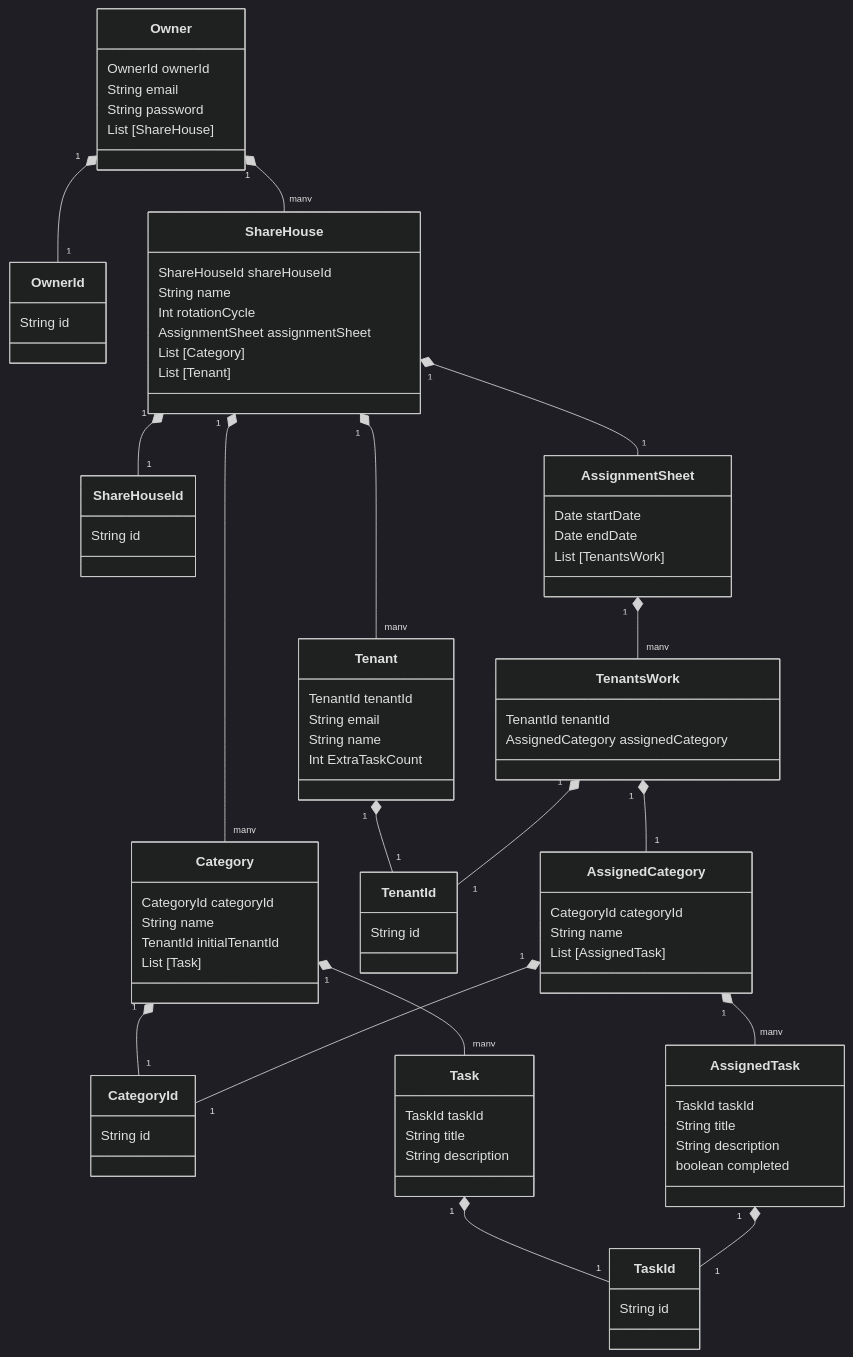
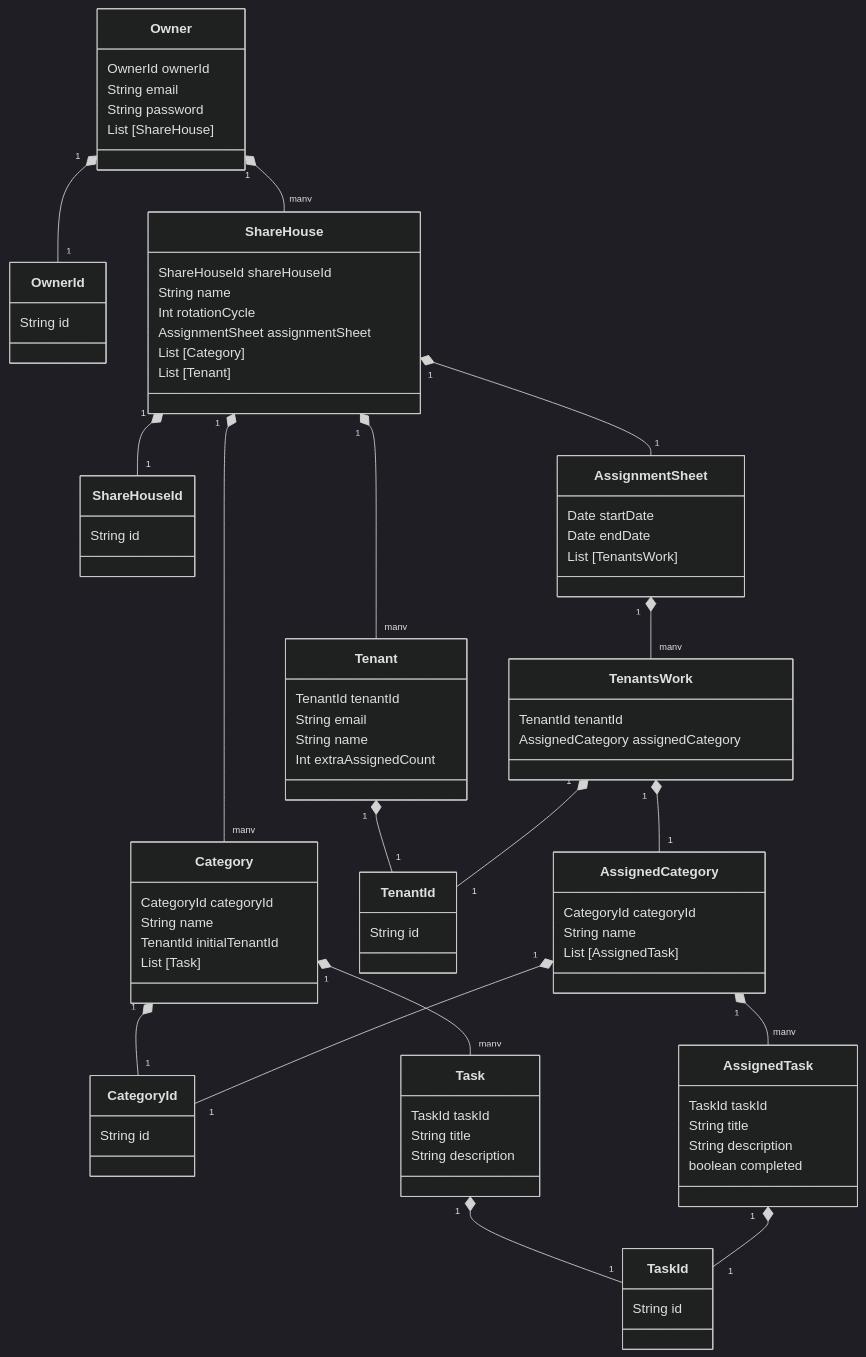
One commit to Tascurator/tascurator-documents changed the diagram in docs/docs/modeling.md. Above: the diagram before and after it, drawn with Mermaid (dark theme). The commit also changed other lines of this file, not shown here.

Commit message:
fix: fix name of extraAssignedCount & constraints

```diff
--- a/docs/docs/modeling.md
+++ b/docs/docs/modeling.md
@@ -57,7 +57,7 @@
         TenantId tenantId
         String email
         String name
-        Int ExtraTaskCount
+        Int extraAssignedCount
     }
 
     class TenantId {
```
